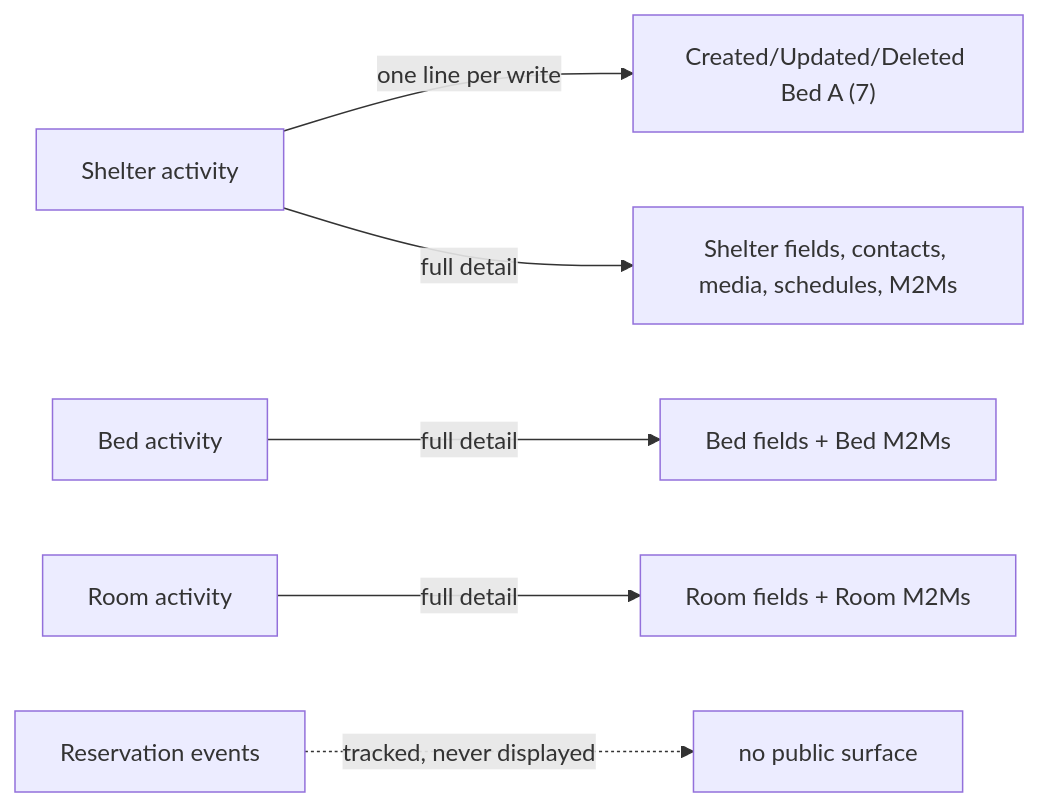
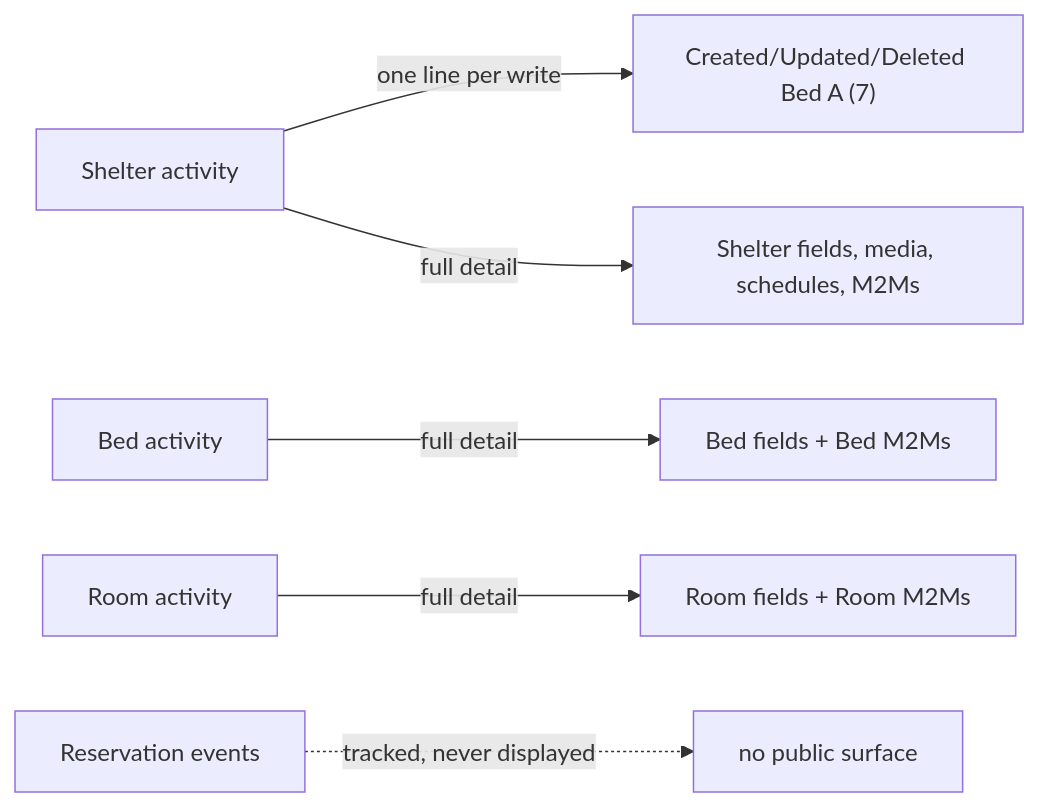
One commit to BetterAngelsLA/monorepo changed the third of 3 diagrams in docs/adr/0004-shelter-audit-log.md. Above: the diagram before and after it, drawn with Mermaid. The commit also changed other lines of this file and 21 other files, not shown here.

````diff
--- a/docs/adr/0004-shelter-audit-log.md
+++ b/docs/adr/0004-shelter-audit-log.md
@@ -1827,8 +1975,8 @@
 ```mermaid
 graph LR
   ShelterLog["Shelter activity"] -->|"one line per write"| BedRoomSummary["Created/Updated/Deleted Bed A (7)"]
-  ShelterLog -->|"full detail"| ShelterFields["Shelter fields, contacts, media, schedules, M2Ms"]
+  ShelterLog -->|"full detail"| ShelterFields["Shelter fields, media, schedules, M2Ms"]
   BedLog["Bed activity"] -->|"full detail"| BedFields["Bed fields + Bed M2Ms"]
   RoomLog["Room activity"] -->|"full detail"| RoomFields["Room fields + Room M2Ms"]
   Reservation["Reservation events"] -.->|"tracked, never displayed"| Nowhere["no public surface"]
 ```
````
